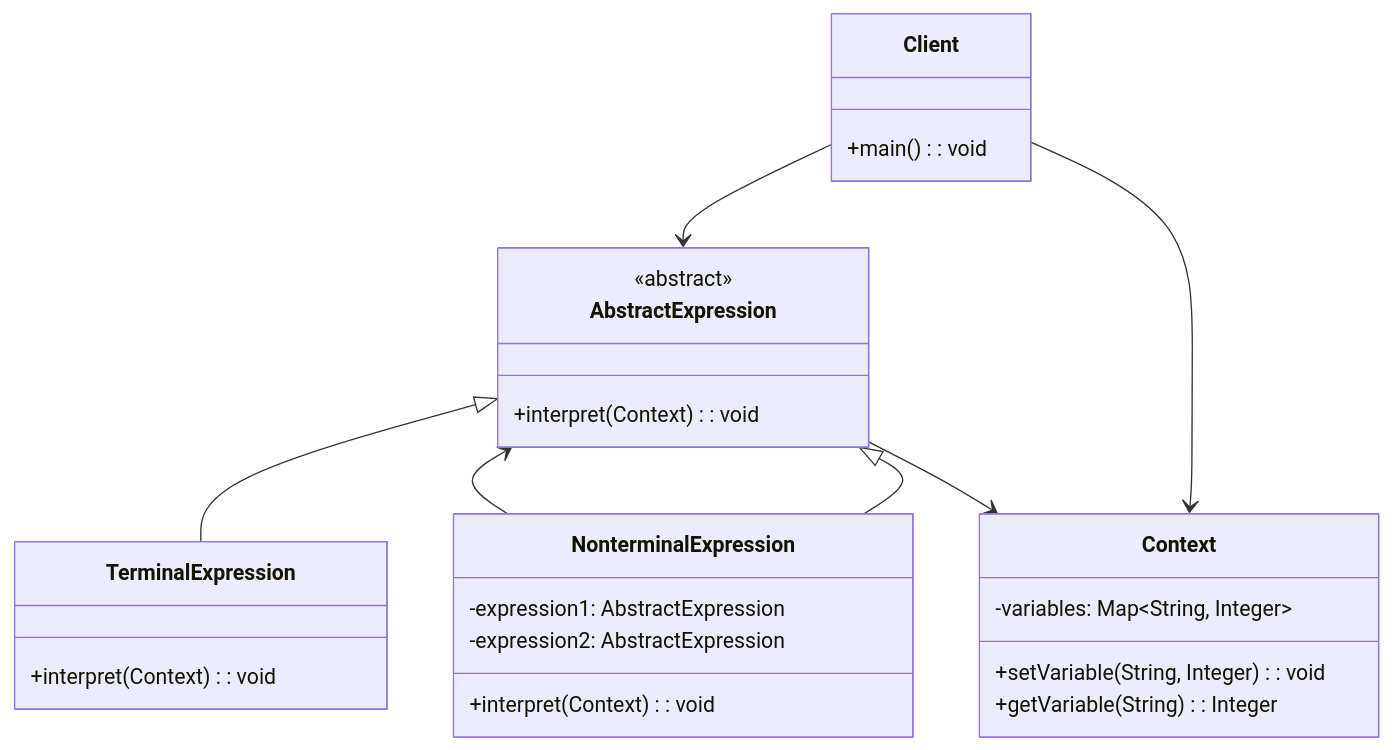
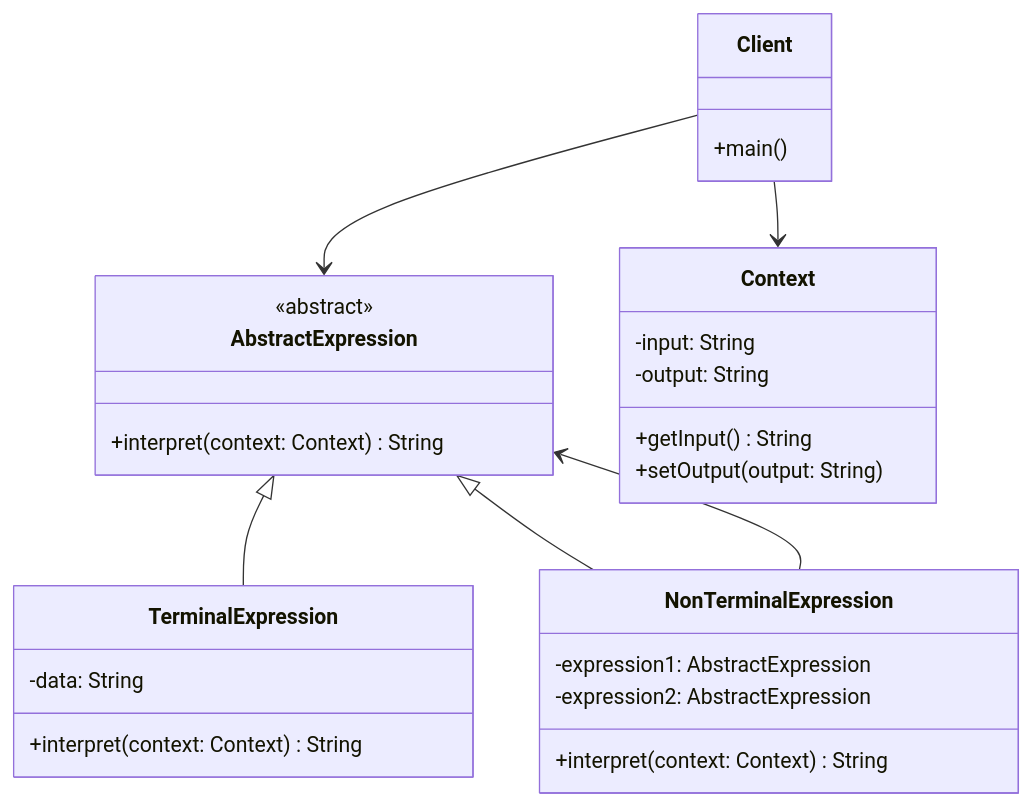
One commit to ANTHEM37/tool-box changed the first of 2 diagrams in docs/design-patterns/behavioral/interpreter.md. Above: the diagram before and after it, drawn with Mermaid. The commit also changed other lines of this file and 29 other files, not shown here.

````diff
--- a/docs/design-patterns/behavioral/interpreter.md
+++ b/docs/design-patterns/behavioral/interpreter.md
@@ -18,34 +36,35 @@
 ```mermaid
 classDiagram
     class AbstractExpression {
         <<abstract>>
-        +interpret(Context): void
+        +interpret(context: Context) String
     }
-
+    
     class TerminalExpression {
-        +interpret(Context): void
+        -data: String
+        +interpret(context: Context) String
     }
-
-    class NonterminalExpression {
+    
+    class NonTerminalExpression {
         -expression1: AbstractExpression
         -expression2: AbstractExpression
-        +interpret(Context): void
+        +interpret(context: Context) String
     }
-
+    
     class Context {
-        -variables: Map~String, Integer~
-        +setVariable(String, Integer): void
-        +getVariable(String): Integer
+        -input: String
+        -output: String
+        +getInput() String
+        +setOutput(output: String)
     }
-
+    
     class Client {
-        +main(): void
+        +main()
     }
-
+    
     AbstractExpression <|-- TerminalExpression
-    AbstractExpression <|-- NonterminalExpression
-    NonterminalExpression --> AbstractExpression
+    AbstractExpression <|-- NonTerminalExpression
+    NonTerminalExpression --> AbstractExpression
     Client --> AbstractExpression
     Client --> Context
-    AbstractExpression --> Context
 ```
````
